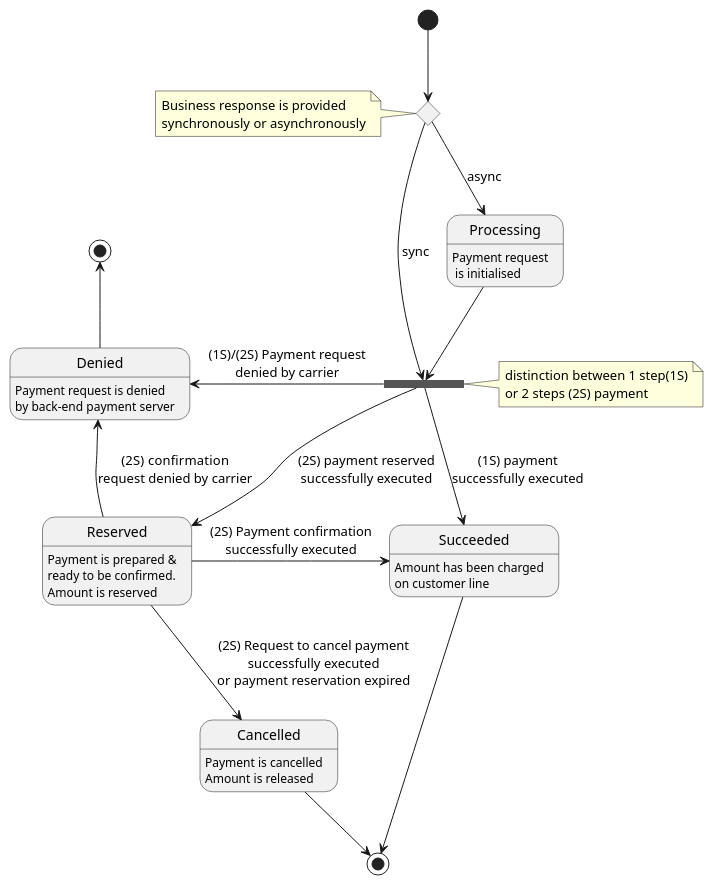
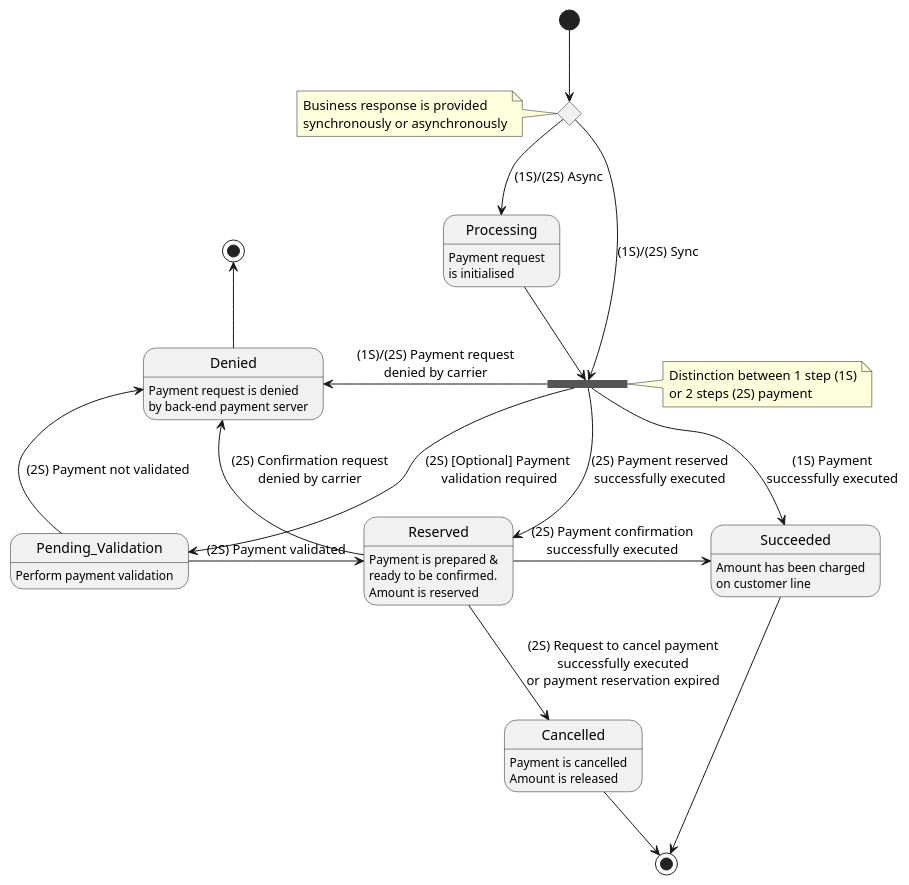
Before and after one commit to camaraproject/CarrierBillingCheckOut: the diagram in documentation/API_documentation/resources/Carrier Billing lifecycle source.puml, drawn with PlantUML. The commit also changed 1 other file, not shown here.

```diff
--- a/documentation/API_documentation/resources/Carrier Billing lifecycle source.puml
+++ b/documentation/API_documentation/resources/Carrier Billing lifecycle source.puml
@@ -1,45 +1,40 @@
 @startuml Payment lifecycle
 
-State fork <<fork>>
+state fork <<fork>>
 state choice <<choice>>
-state end3    <<end>>
+state end <<end>>
 
 [*] --> choice
-choice --> Processing : async
-
-
-choice --> fork : sync
-
 note left of choice: Business response is provided\nsynchronously or asynchronously
 
+choice --> Processing : (1S)/(2S) Async
+Processing: Payment request\nis initialised
 
+choice --> fork : (1S)/(2S) Sync
 Processing --> fork
+note right of fork: Distinction between 1 step (1S)\nor 2 steps (2S) payment
+fork: separation between one or stwo steps payment
 
-note right of fork: distinction between 1 step(1S)\nor 2 steps (2S) payment
+fork -right-> Succeeded : (1S) Payment\nsuccessfully executed
+fork -left-> Denied : (1S)/(2S) Payment request\ndenied by carrier
 
-Processing: Payment request\n is initialised
+fork --> Pending_Validation : (2S) [Optional] Payment\n validation required
+fork --> Reserved : (2S) Payment reserved\nsuccessfully executed
+Pending_Validation -> Reserved: (2S) Payment validated
+Pending_Validation -> Denied: (2S) Payment not validated
 
-fork --> Succeeded : (1S) payment\nsuccessfully executed
-fork -left-> Denied : (1S)/(2S) Payment request\ndenied by carrier
-fork --> Reserved : (2S) payment reserved\nsuccessfully executed
+Reserved -down-> Cancelled : (2S) Request to cancel payment\nsuccessfully executed\nor payment reservation expired
+Reserved -right-> Succeeded : (2S) Payment confirmation\nsuccessfully executed
+Reserved -left-> Denied : (2S) Confirmation request\ndenied by carrier
 
 Succeeded --> [*]
+Cancelled --> [*]
+Denied -up-> end
 
-
-Reserved -down-> Cancelled : (2S) Request to cancel payment\nsuccessfully executed\nor payment reservation expired
-Reserved -> Succeeded : (2S) Payment confirmation\nsuccessfully executed
-Reserved -> Denied : (2S)  confirmation\nrequest denied by carrier
-
-Denied -up-> end3
-
+Pending_Validation: Perform payment validation
+Reserved: Payment is prepared &\nready to be confirmed.\nAmount is reserved
+Denied: Payment request is denied\nby back-end payment server
 Succeeded: Amount has been charged\non customer line
-Reserved: Payment is prepared &\nready to be confirmed.\nAmount is reserved
 Cancelled: Payment is cancelled\nAmount is released
-Denied: Payment request is denied\nby back-end payment server
-
-Cancelled --> [*]
-
-fork: separation between one or stwo steps payment
-
 
 @enduml
```
